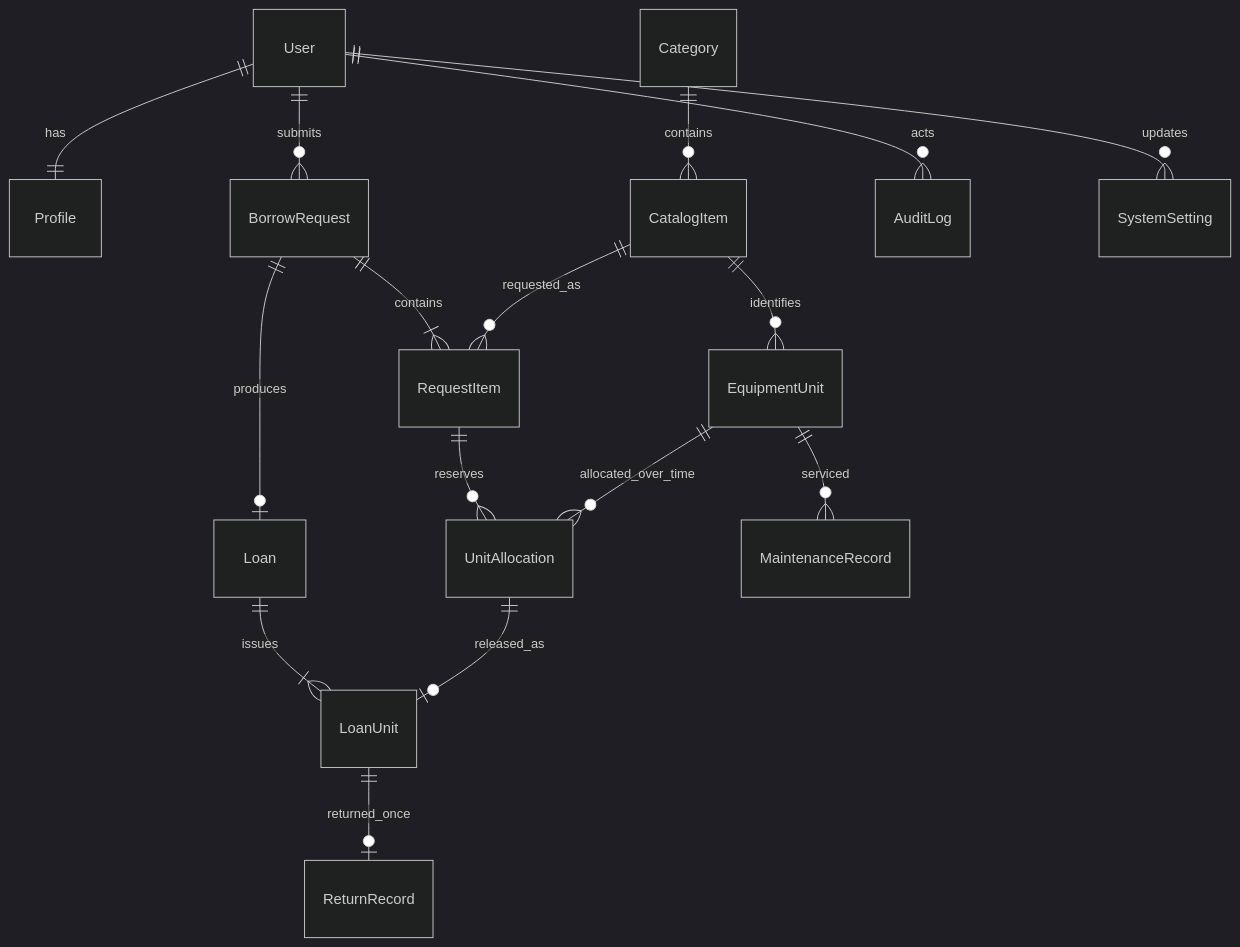
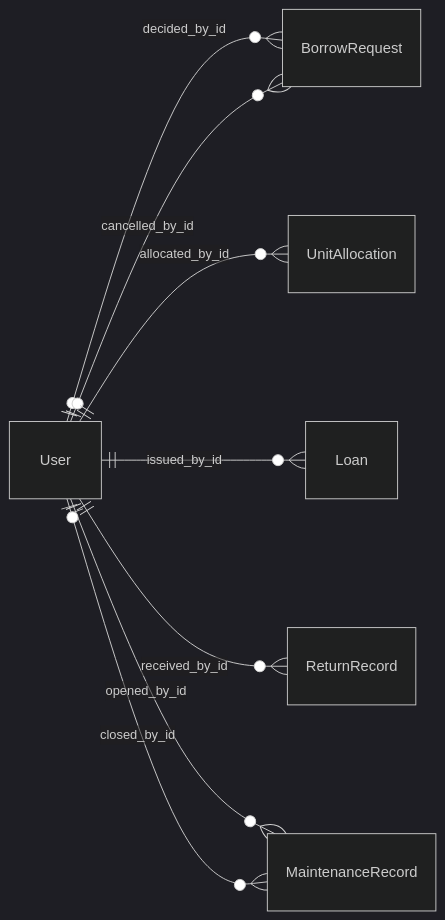
One commit to javecilla/Campus-Equipment-Borrowing-System changed the second of 2 diagrams in docs/db_design.md. Above: the diagram before and after it, drawn with Mermaid (dark theme). The commit also changed other lines of this file and 8 other files, not shown here.

First line of the commit message:
docs: reconcile T25 diagram references with implementation

````diff
--- a/docs/db_design.md
+++ b/docs/db_design.md
@@ -13,18 +142,11 @@
 ```mermaid
 erDiagram
-    User ||--|| Profile : has
-    User ||--o{ BorrowRequest : submits
-    Category ||--o{ CatalogItem : contains
-    CatalogItem ||--o{ EquipmentUnit : identifies
-    BorrowRequest ||--|{ RequestItem : contains
-    CatalogItem ||--o{ RequestItem : requested_as
-    RequestItem ||--o{ UnitAllocation : reserves
-    EquipmentUnit ||--o{ UnitAllocation : allocated_over_time
-    BorrowRequest ||--o| Loan : produces
-    Loan ||--|{ LoanUnit : issues
-    UnitAllocation ||--o| LoanUnit : released_as
-    LoanUnit ||--o| ReturnRecord : returned_once
-    EquipmentUnit ||--o{ MaintenanceRecord : serviced
-    User ||--o{ AuditLog : acts
-    User ||--o{ SystemSetting : updates
+    direction LR
+    User |o--o{ BorrowRequest : decided_by_id
+    User |o--o{ BorrowRequest : cancelled_by_id
+    User ||--o{ UnitAllocation : allocated_by_id
+    User ||--o{ Loan : issued_by_id
+    User ||--o{ ReturnRecord : received_by_id
+    User ||--o{ MaintenanceRecord : opened_by_id
+    User |o--o{ MaintenanceRecord : closed_by_id
 ```
````
